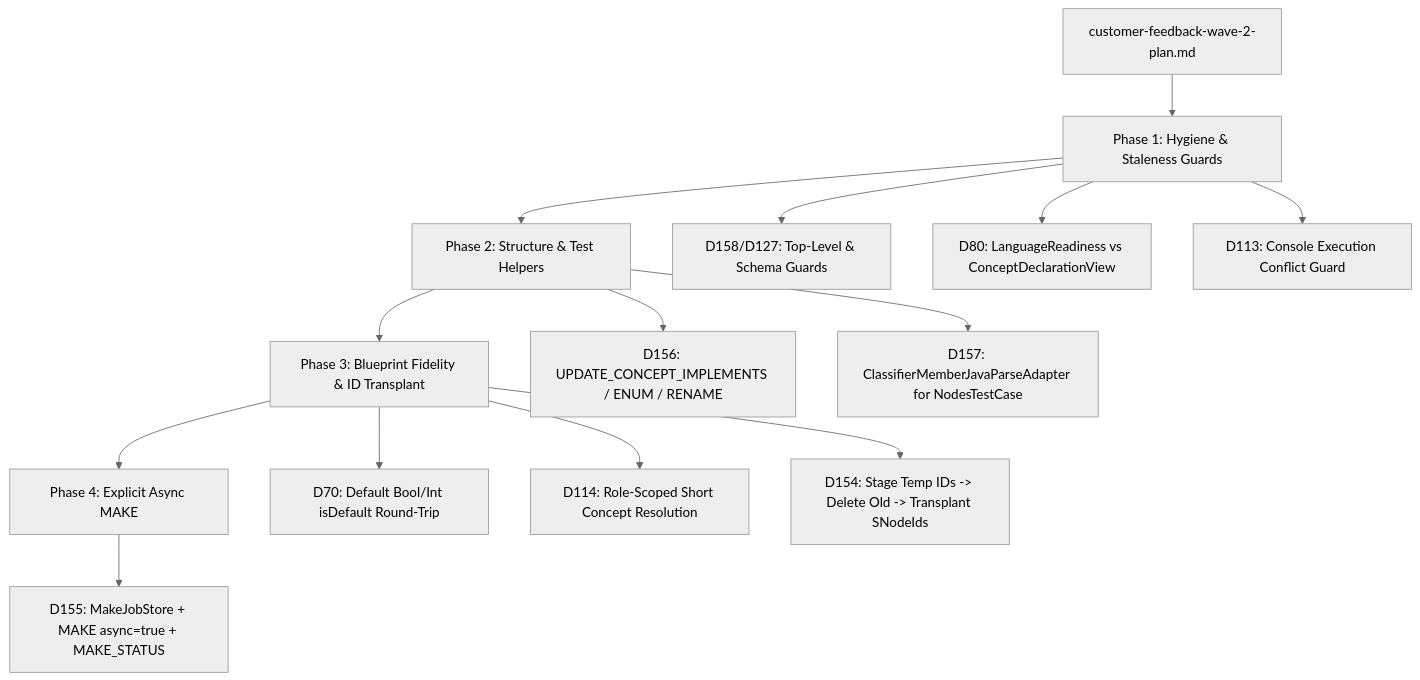
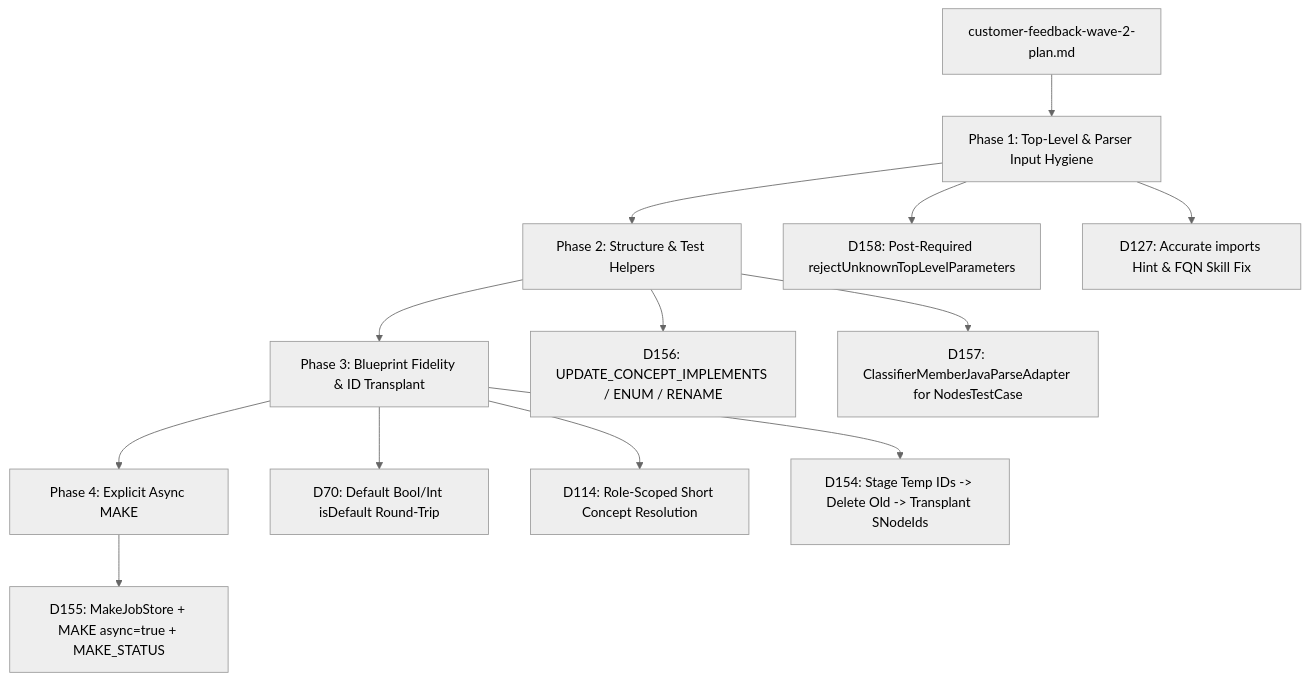
Before and after one commit to JetBrains/MPS: the diagram in plugins/mcp-tools/docs/customer-feedback-wave-2-plan.md, drawn with Mermaid (neutral theme). The commit also changed other lines of this file, not shown here.

Commit message:
mcp-tools - customer feedback wave 2 - revisit plan for phase 1

````diff
--- a/plugins/mcp-tools/docs/customer-feedback-wave-2-plan.md
+++ b/plugins/mcp-tools/docs/customer-feedback-wave-2-plan.md
@@ -146,20 +52,19 @@
 ```mermaid
-graph TD
-    PlanDoc[customer-feedback-wave-2-plan.md] --> P1[Phase 1: Hygiene & Staleness Guards]
+flowchart TD
+    Roadmap[customer-feedback-wave-2-plan.md] --> P1[Phase 1: Top-Level & Parser Input Hygiene]
     P1 --> P2[Phase 2: Structure & Test Helpers]
     P2 --> P3[Phase 3: Blueprint Fidelity & ID Transplant]
     P3 --> P4[Phase 4: Explicit Async MAKE]
 
-    P1 --> D158[D158/D127: Top-Level & Schema Guards]
-    P1 --> D80[D80: LanguageReadiness vs ConceptDeclarationView]
-    P1 --> D113[D113: Console Execution Conflict Guard]
+    P1 --> D158[D158: Post-Required rejectUnknownTopLevelParameters]
+    P1 --> D127[D127: Accurate imports Hint & FQN Skill Fix]
 
     P2 --> D156[D156: UPDATE_CONCEPT_IMPLEMENTS / ENUM / RENAME]
     P2 --> D157[D157: ClassifierMemberJavaParseAdapter for NodesTestCase]
 
     P3 --> D70[D70: Default Bool/Int isDefault Round-Trip]
     P3 --> D114[D114: Role-Scoped Short Concept Resolution]
     P3 --> D154[D154: Stage Temp IDs -> Delete Old -> Transplant SNodeIds]
 
     P4 --> D155[D155: MakeJobStore + MAKE async=true + MAKE_STATUS]
 ```
````
